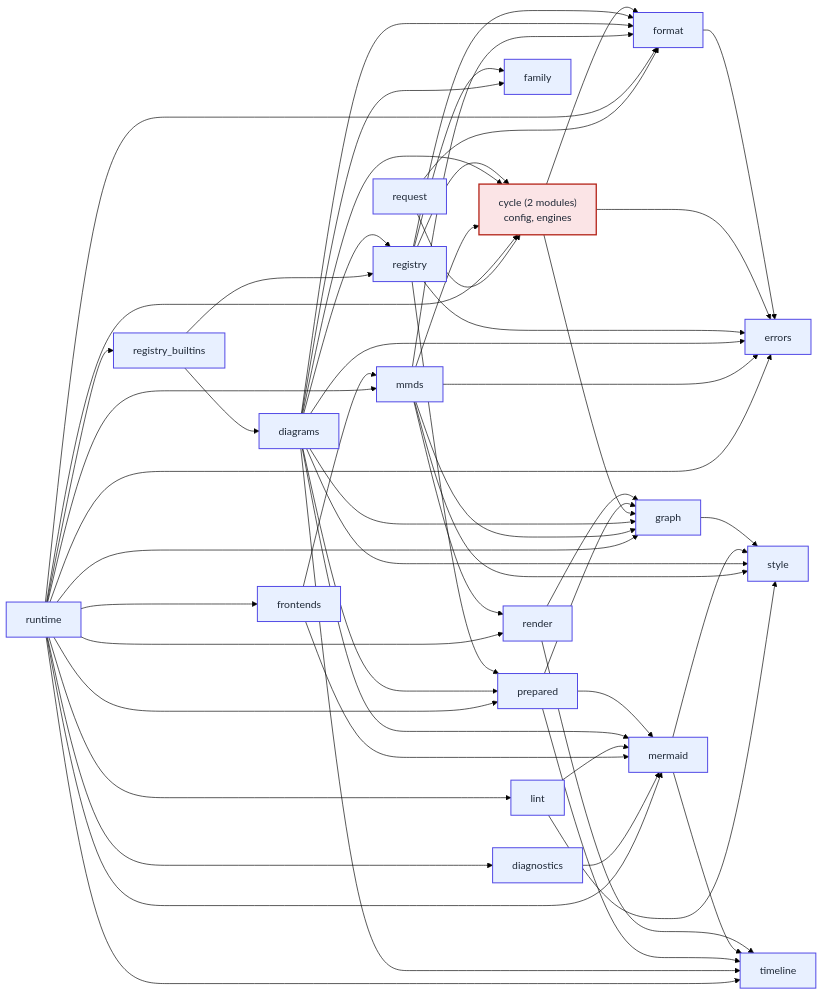
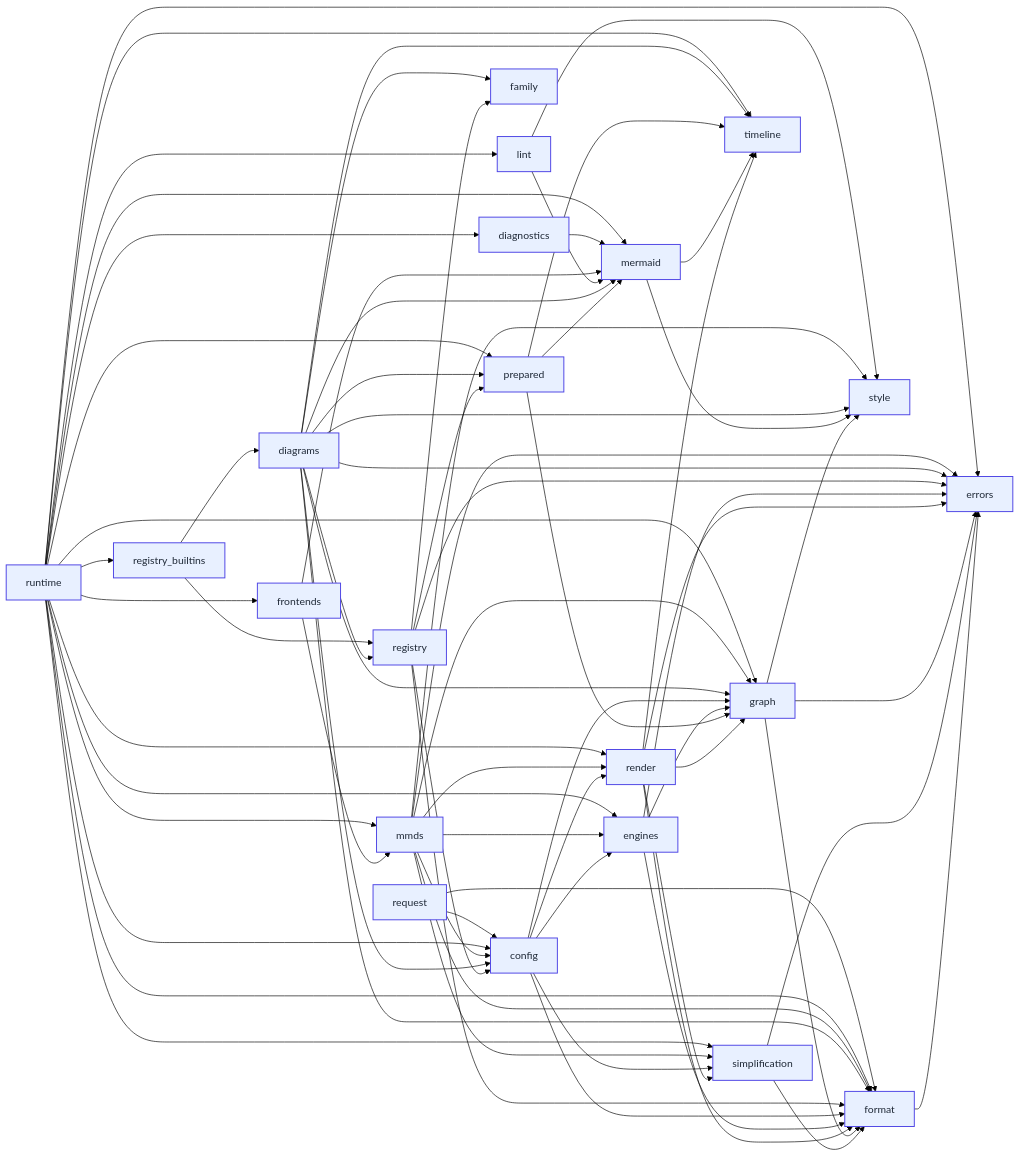
Before and after one commit to kevinswiber/mmdflux: the diagram in docs/architecture/module-dependency-scc-dag.mmd, drawn with Mermaid (forest theme). The commit also changed 3 other files, not shown here.

Commit message:
Regenerate architecture dependency diagrams

```diff
--- a/docs/architecture/module-dependency-scc-dag.mmd
+++ b/docs/architecture/module-dependency-scc-dag.mmd
@@ -1,84 +1,101 @@
 %% Generated by scripts/generate-rust-module-deps-scc.py
 %% crate-root: src/lib.rs
 %% max-depth: 1
-%% component-count: 19
-%% largest-scc-size: 2
+%% component-count: 21
+%% largest-scc-size: 1
 flowchart LR
-    scc_17["request"]
-    scc_18["runtime"]
-    scc_7["diagnostics"]
-    scc_14["frontends"]
-    scc_15["lint"]
-    scc_13["mmds"]
-    scc_16["registry_builtins"]
-    scc_11["diagrams"]
-    scc_10["registry"]
-    scc_4["cycle (2 modules)<br/>config, engines"]
-    scc_8["family"]
+    scc_19["request"]
+    scc_20["runtime"]
+    scc_10["diagnostics"]
+    scc_16["frontends"]
+    scc_17["lint"]
+    scc_15["mmds"]
+    scc_18["registry_builtins"]
+    scc_14["diagrams"]
+    scc_13["registry"]
+    scc_8["config"]
+    scc_4["engines"]
+    scc_11["family"]
+    scc_12["prepared"]
+    scc_9["mermaid"]
+    scc_7["render"]
+    scc_3["graph"]
+    scc_5["simplification"]
     scc_1["format"]
     scc_0["errors"]
-    scc_9["prepared"]
-    scc_6["mermaid"]
-    scc_12["render"]
-    scc_3["graph"]
     scc_2["style"]
-    scc_5["timeline"]
-    scc_17 --> scc_1
-    scc_17 --> scc_4
-    scc_18 --> scc_0
-    scc_18 --> scc_1
-    scc_18 --> scc_3
-    scc_18 --> scc_4
-    scc_18 --> scc_5
-    scc_18 --> scc_6
-    scc_18 --> scc_7
-    scc_18 --> scc_9
-    scc_18 --> scc_12
+    scc_6["timeline"]
+    scc_19 --> scc_1
+    scc_19 --> scc_8
+    scc_20 --> scc_0
+    scc_20 --> scc_1
+    scc_20 --> scc_3
+    scc_20 --> scc_4
+    scc_20 --> scc_5
+    scc_20 --> scc_6
+    scc_20 --> scc_7
+    scc_20 --> scc_8
+    scc_20 --> scc_9
+    scc_20 --> scc_10
+    scc_20 --> scc_12
+    scc_20 --> scc_15
+    scc_20 --> scc_16
+    scc_20 --> scc_17
+    scc_20 --> scc_18
+    scc_10 --> scc_9
+    scc_16 --> scc_9
+    scc_16 --> scc_15
+    scc_17 --> scc_2
+    scc_17 --> scc_9
+    scc_15 --> scc_0
+    scc_15 --> scc_1
+    scc_15 --> scc_2
+    scc_15 --> scc_3
+    scc_15 --> scc_4
+    scc_15 --> scc_5
+    scc_15 --> scc_7
+    scc_15 --> scc_8
     scc_18 --> scc_13
     scc_18 --> scc_14
-    scc_18 --> scc_15
-    scc_18 --> scc_16
-    scc_7 --> scc_6
+    scc_14 --> scc_0
+    scc_14 --> scc_1
+    scc_14 --> scc_2
+    scc_14 --> scc_3
     scc_14 --> scc_6
+    scc_14 --> scc_8
+    scc_14 --> scc_9
+    scc_14 --> scc_11
+    scc_14 --> scc_12
     scc_14 --> scc_13
-    scc_15 --> scc_2
-    scc_15 --> scc_6
     scc_13 --> scc_0
     scc_13 --> scc_1
-    scc_13 --> scc_2
-    scc_13 --> scc_3
-    scc_13 --> scc_4
+    scc_13 --> scc_8
+    scc_13 --> scc_11
     scc_13 --> scc_12
-    scc_16 --> scc_10
-    scc_16 --> scc_11
-    scc_11 --> scc_0
-    scc_11 --> scc_1
-    scc_11 --> scc_2
-    scc_11 --> scc_3
-    scc_11 --> scc_4
-    scc_11 --> scc_5
-    scc_11 --> scc_6
-    scc_11 --> scc_8
-    scc_11 --> scc_9
-    scc_11 --> scc_10
-    scc_10 --> scc_0
-    scc_10 --> scc_1
-    scc_10 --> scc_4
-    scc_10 --> scc_8
-    scc_10 --> scc_9
+    scc_8 --> scc_1
+    scc_8 --> scc_3
+    scc_8 --> scc_4
+    scc_8 --> scc_5
+    scc_8 --> scc_7
     scc_4 --> scc_0
     scc_4 --> scc_1
     scc_4 --> scc_3
+    scc_12 --> scc_3
+    scc_12 --> scc_6
+    scc_12 --> scc_9
+    scc_9 --> scc_2
+    scc_9 --> scc_6
+    scc_7 --> scc_0
+    scc_7 --> scc_1
+    scc_7 --> scc_3
+    scc_7 --> scc_5
+    scc_7 --> scc_6
+    scc_3 --> scc_0
+    scc_3 --> scc_1
+    scc_3 --> scc_2
+    scc_5 --> scc_0
+    scc_5 --> scc_1
     scc_1 --> scc_0
-    scc_9 --> scc_3
-    scc_9 --> scc_5
-    scc_9 --> scc_6
-    scc_6 --> scc_2
-    scc_6 --> scc_5
-    scc_12 --> scc_3
-    scc_12 --> scc_5
-    scc_3 --> scc_2
     classDef cycle fill:#fbe4e6,stroke:#b42318,stroke-width:2px,color:#1f2937;
     classDef singleton fill:#e8f0ff,stroke:#4f46e5,stroke-width:1.5px,color:#1f2937;
-    class scc_4 cycle;
-    class scc_0,scc_1,scc_2,scc_3,scc_5,scc_6,scc_7,scc_8,scc_9,scc_10,scc_11,scc_12,scc_13,scc_14,scc_15,scc_16,scc_17,scc_18 singleton;
+    class scc_0,scc_1,scc_2,scc_3,scc_4,scc_5,scc_6,scc_7,scc_8,scc_9,scc_10,scc_11,scc_12,scc_13,scc_14,scc_15,scc_16,scc_17,scc_18,scc_19,scc_20 singleton;
```
